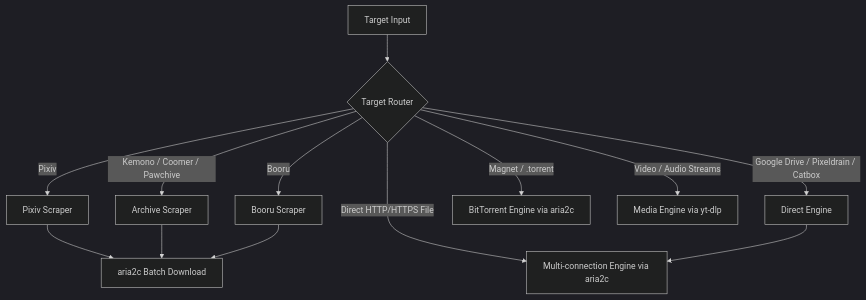
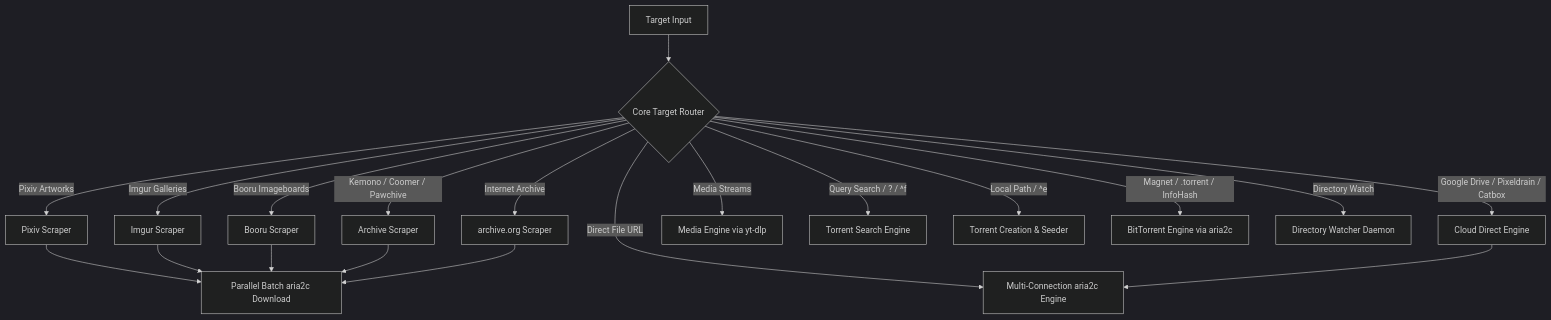
One commit to KabosuNeko/anpan changed the diagram in docs/SUPPORTED_SITES.md. Above: the diagram before and after it, drawn with Mermaid (dark theme). The commit also changed other lines of this file and 34 other files, not shown here.

First line of the commit message:
feat: add torrent search, P2P seeding, directory watcher, and tabbed settings

````diff
--- a/docs/SUPPORTED_SITES.md
+++ b/docs/SUPPORTED_SITES.md
@@ -5,17 +5,25 @@
 ```mermaid
 flowchart TD
-    Input[Target Input] --> Router{Target Router}
+    Input[Target Input] --> Router{Core Target Router}
     
-    Router -->|Pixiv| Pixiv[Pixiv Scraper]
-    Router -->|Booru| Booru[Booru Scraper]
+    Router -->|Pixiv Artworks| Pixiv[Pixiv Scraper]
+    Router -->|Imgur Galleries| Imgur[Imgur Scraper]
+    Router -->|Booru Imageboards| Booru[Booru Scraper]
     Router -->|Kemono / Coomer / Pawchive| Archive[Archive Scraper]
-    Router -->|Google Drive / Pixeldrain / Catbox| Cloud[Direct Engine]
-    Router -->|Magnet / .torrent| Torrent[BitTorrent Engine via aria2c]
-    Router -->|Direct HTTP/HTTPS File| Direct[Multi-connection Engine via aria2c]
-    Router -->|Video / Audio Streams| Stream[Media Engine via yt-dlp]
+    Router -->|Internet Archive| IA[archive.org Scraper]
+    Router -->|Google Drive / Pixeldrain / Catbox| Cloud[Cloud Direct Engine]
+    Router -->|Direct File URL| Direct[Multi-Connection aria2c Engine]
+    Router -->|Media Streams| Stream[Media Engine via yt-dlp]
+    
+    Router -->|Query Search / ? / ^f| Search[Torrent Search Engine]
+    Router -->|Local Path / ^e| Seed[Torrent Creation & Seeder]
+    Router -->|Magnet / .torrent / InfoHash| Torrent[BitTorrent Engine via aria2c]
+    Router -->|Directory Watch| Watch[Directory Watcher Daemon]
 
-    Pixiv --> Batch[aria2c Batch Download]
-    Archive --> Batch
-    Booru --> Batch
+    Pixiv --> Parallel[Parallel Batch aria2c Download]
+    Imgur --> Parallel
+    Booru --> Parallel
+    Archive --> Parallel
+    IA --> Parallel
     Cloud --> Direct
 ```
````
